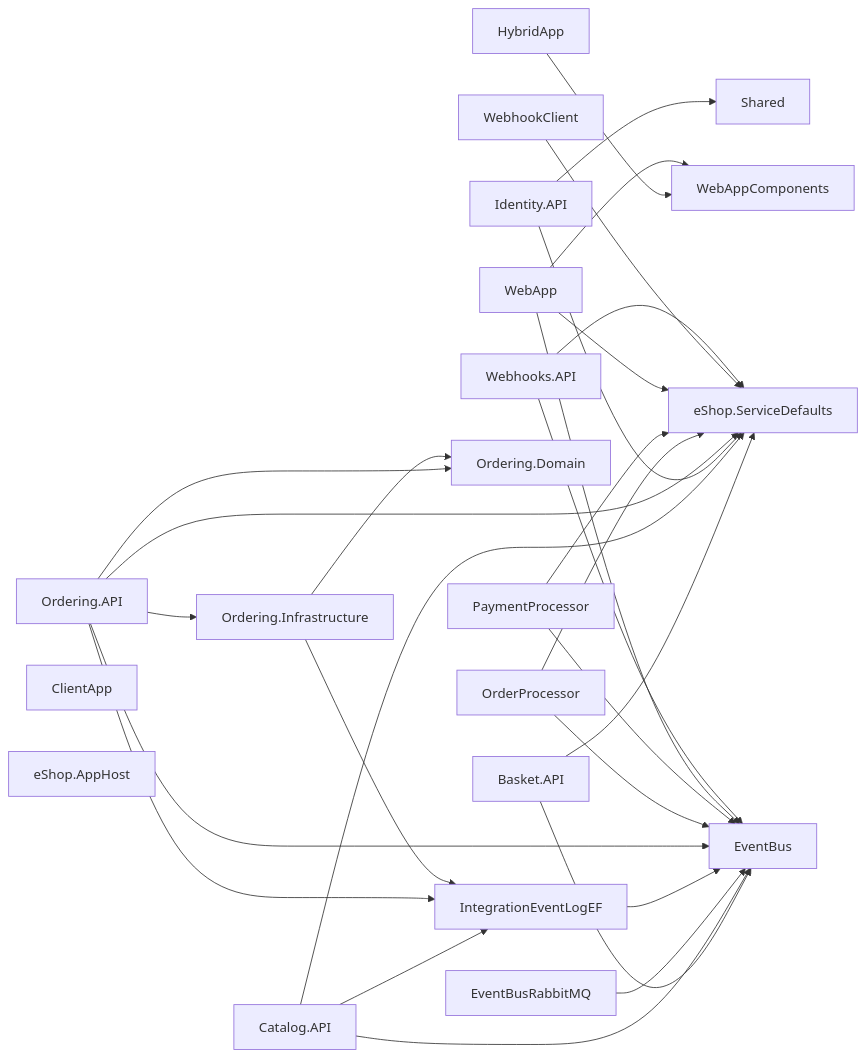
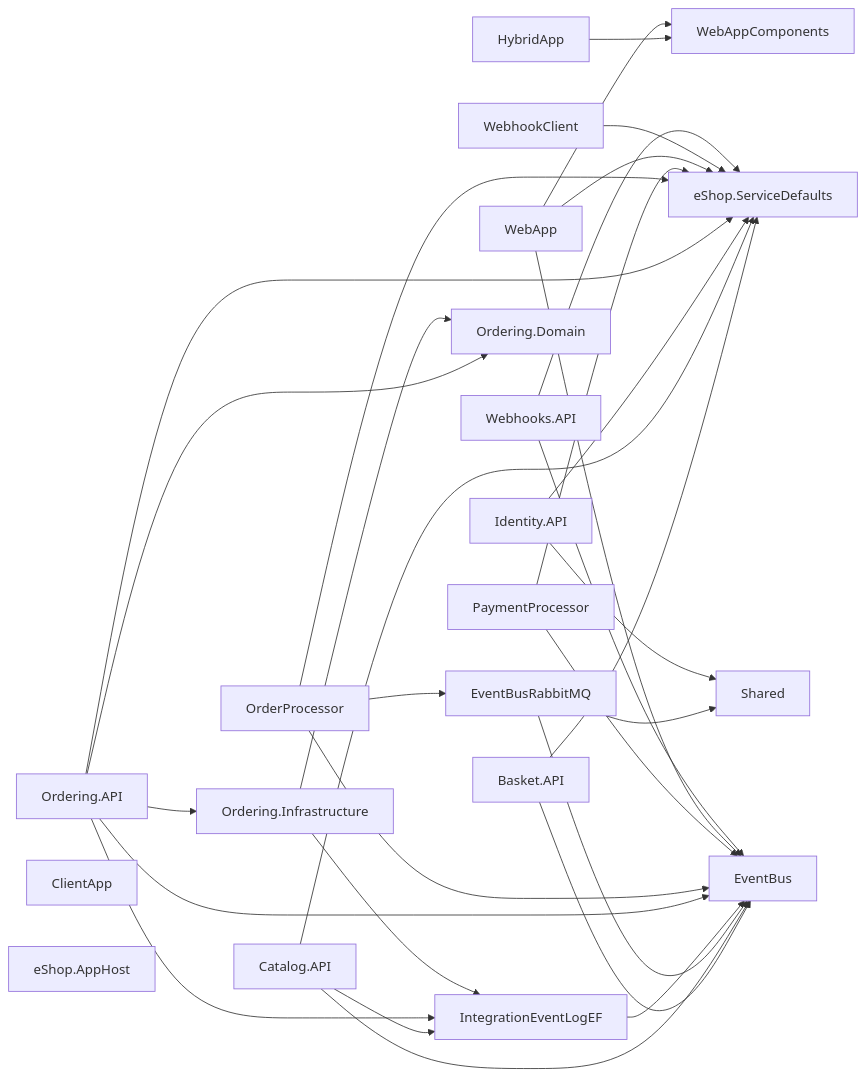
The diagram in examples/real-world/eShop/archlock/README.md (mcbabel/archlock), drawn with Mermaid before and after one commit. The commit also changed other lines of this file and 50 other files, not shown here.

````diff
--- a/examples/real-world/eShop/archlock/README.md
+++ b/examples/real-world/eShop/archlock/README.md
@@ -11,32 +11,34 @@
 ```mermaid
 graph LR
   Basket_API["Basket.API"] --> eShop_ServiceDefaults["eShop.ServiceDefaults"]
   Basket_API["Basket.API"] --> EventBus
   Catalog_API["Catalog.API"] --> eShop_ServiceDefaults["eShop.ServiceDefaults"]
   Catalog_API["Catalog.API"] --> EventBus
   Catalog_API["Catalog.API"] --> IntegrationEventLogEF
   EventBusRabbitMQ --> EventBus
+  EventBusRabbitMQ --> Shared
   HybridApp --> WebAppComponents
   Identity_API["Identity.API"] --> eShop_ServiceDefaults["eShop.ServiceDefaults"]
   Identity_API["Identity.API"] --> Shared
   IntegrationEventLogEF --> EventBus
   Ordering_API["Ordering.API"] --> eShop_ServiceDefaults["eShop.ServiceDefaults"]
   Ordering_API["Ordering.API"] --> EventBus
   Ordering_API["Ordering.API"] --> IntegrationEventLogEF
   Ordering_API["Ordering.API"] --> Ordering_Domain["Ordering.Domain"]
   Ordering_API["Ordering.API"] --> Ordering_Infrastructure["Ordering.Infrastructure"]
   Ordering_Infrastructure["Ordering.Infrastructure"] --> IntegrationEventLogEF
   Ordering_Infrastructure["Ordering.Infrastructure"] --> Ordering_Domain["Ordering.Domain"]
   OrderProcessor --> eShop_ServiceDefaults["eShop.ServiceDefaults"]
   OrderProcessor --> EventBus
+  OrderProcessor --> EventBusRabbitMQ
   PaymentProcessor --> eShop_ServiceDefaults["eShop.ServiceDefaults"]
   PaymentProcessor --> EventBus
   WebApp --> eShop_ServiceDefaults["eShop.ServiceDefaults"]
   WebApp --> EventBus
   WebApp --> WebAppComponents
   WebhookClient --> eShop_ServiceDefaults["eShop.ServiceDefaults"]
   Webhooks_API["Webhooks.API"] --> eShop_ServiceDefaults["eShop.ServiceDefaults"]
   Webhooks_API["Webhooks.API"] --> EventBus
   ClientApp
   eShop_AppHost["eShop.AppHost"]
 ```
````
